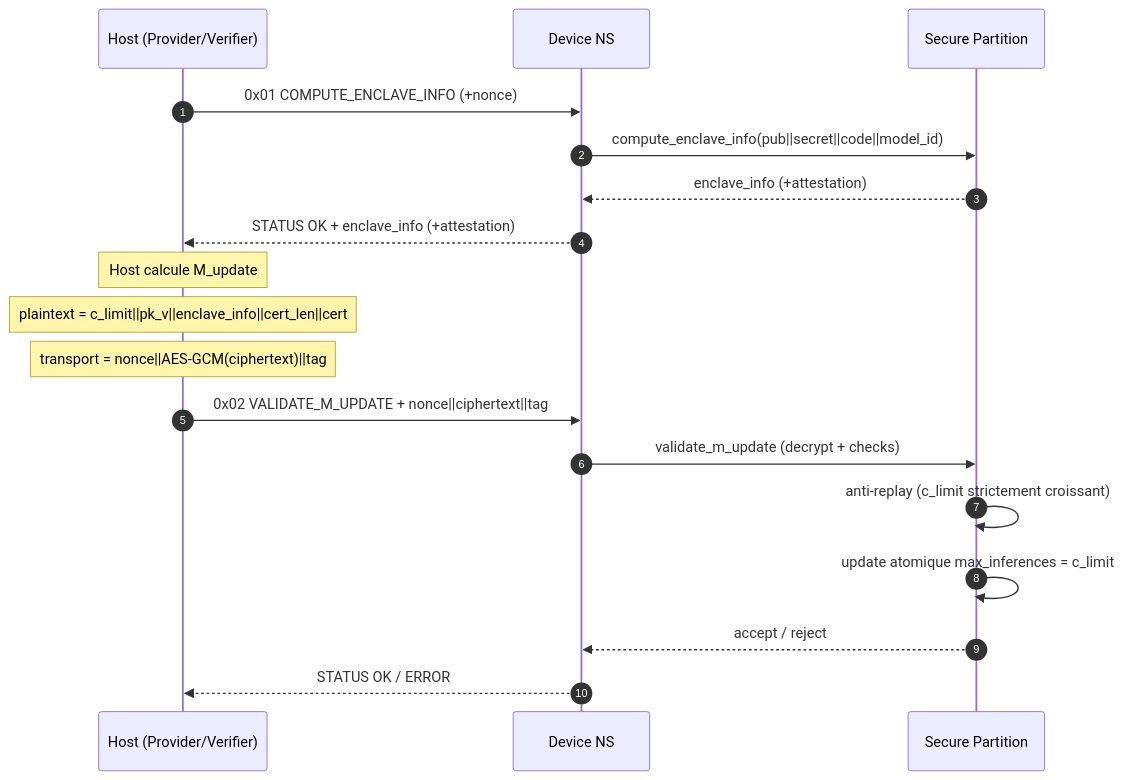
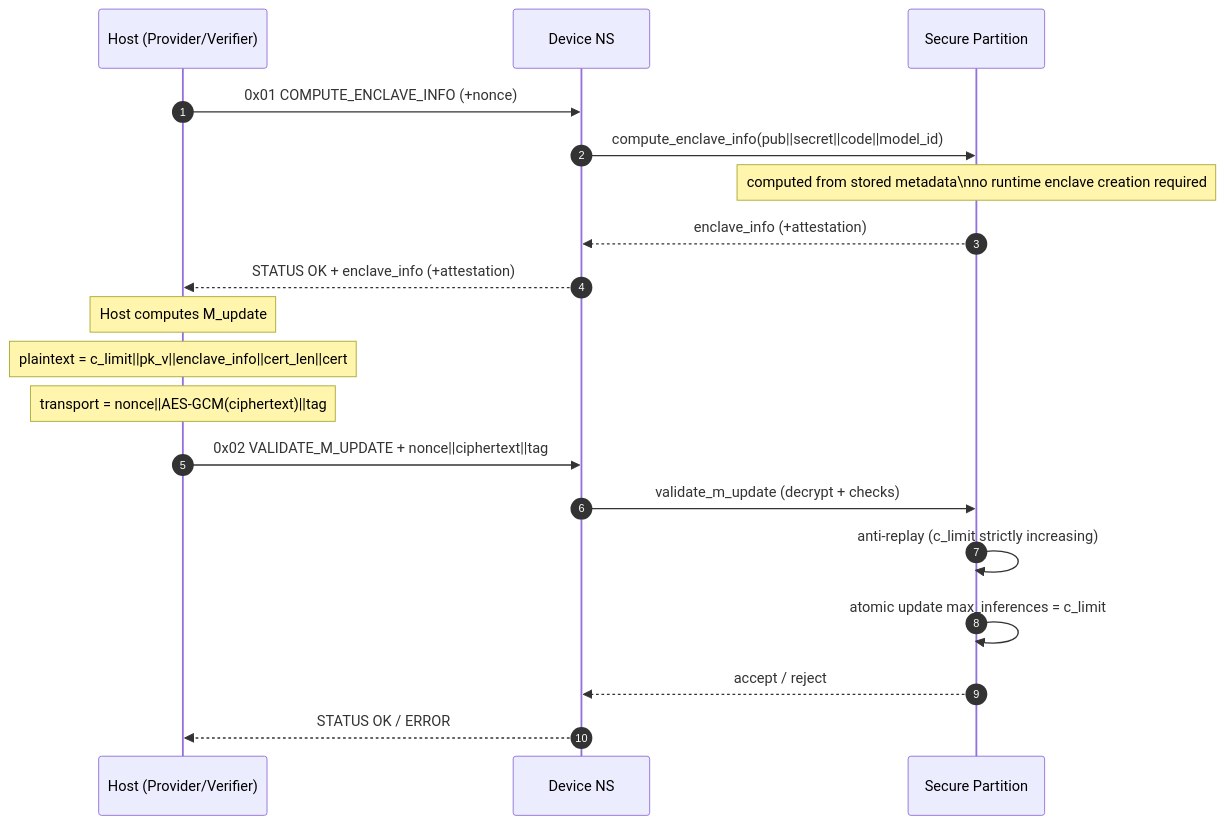
Before and after one commit to kiri-style/VeCoDI: the third of 9 diagrams in md/ARCHITECTURE_GLOBALE_DESSINS.md, drawn with Mermaid. The commit also changed other lines of this file and 3 other files, not shown here.

Commit message:
docs: clarify enclave info lifecycle and architecture

````diff
--- a/md/ARCHITECTURE_GLOBALE_DESSINS.md
+++ b/md/ARCHITECTURE_GLOBALE_DESSINS.md
@@ -57,23 +57,24 @@
 ```mermaid
 sequenceDiagram
     autonumber
     participant H as Host (Provider/Verifier)
     participant N as Device NS
     participant S as Secure Partition
 
     H->>N: 0x01 COMPUTE_ENCLAVE_INFO (+nonce)
     N->>S: compute_enclave_info(pub||secret||code||model_id)
+    Note over S: computed from stored metadata\nno runtime enclave creation required
     S-->>N: enclave_info (+attestation)
     N-->>H: STATUS OK + enclave_info (+attestation)
 
-    Note over H: Host calcule M_update
+    Note over H: Host computes M_update
     Note over H: plaintext = c_limit||pk_v||enclave_info||cert_len||cert
     Note over H: transport = nonce||AES-GCM(ciphertext)||tag
 
     H->>N: 0x02 VALIDATE_M_UPDATE + nonce||ciphertext||tag
     N->>S: validate_m_update (decrypt + checks)
-    S->>S: anti-replay (c_limit strictement croissant)
-    S->>S: update atomique max_inferences = c_limit
+    S->>S: anti-replay (c_limit strictly increasing)
+    S->>S: atomic update max_inferences = c_limit
     S-->>N: accept / reject
     N-->>H: STATUS OK / ERROR
 ```
````
